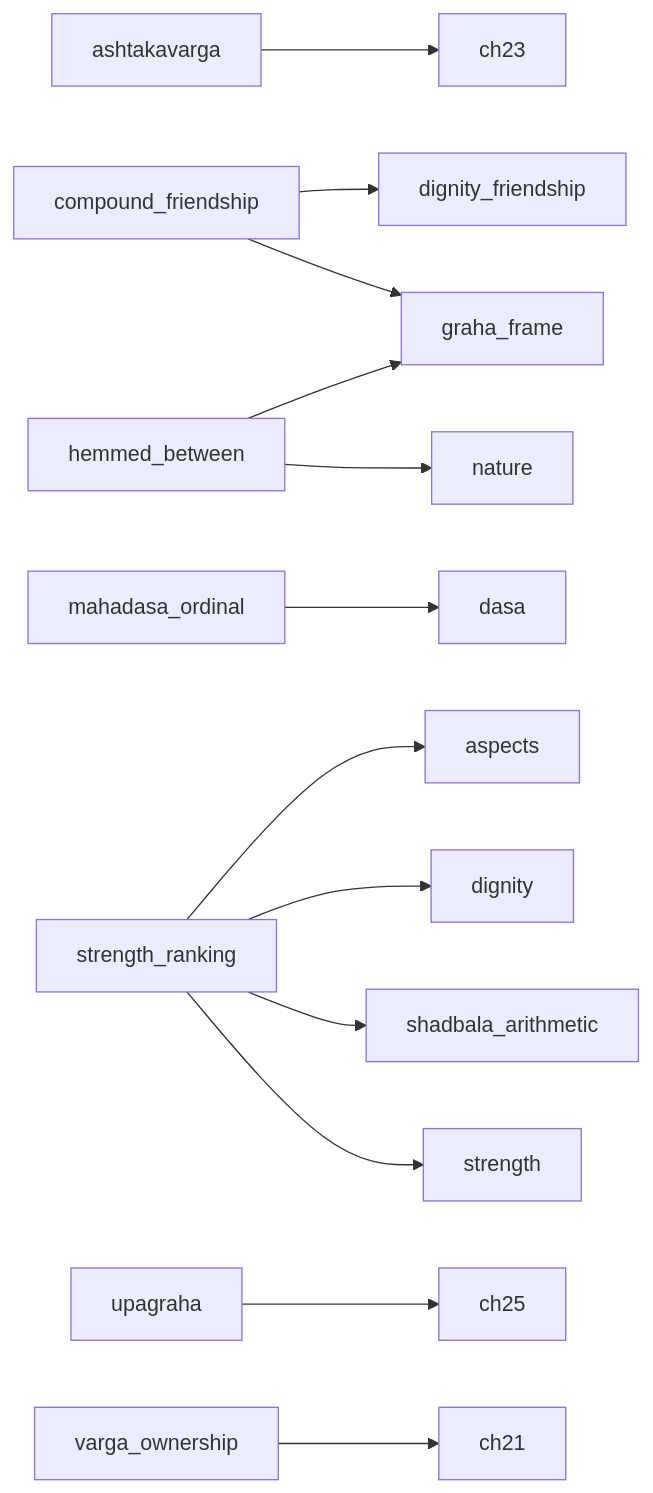
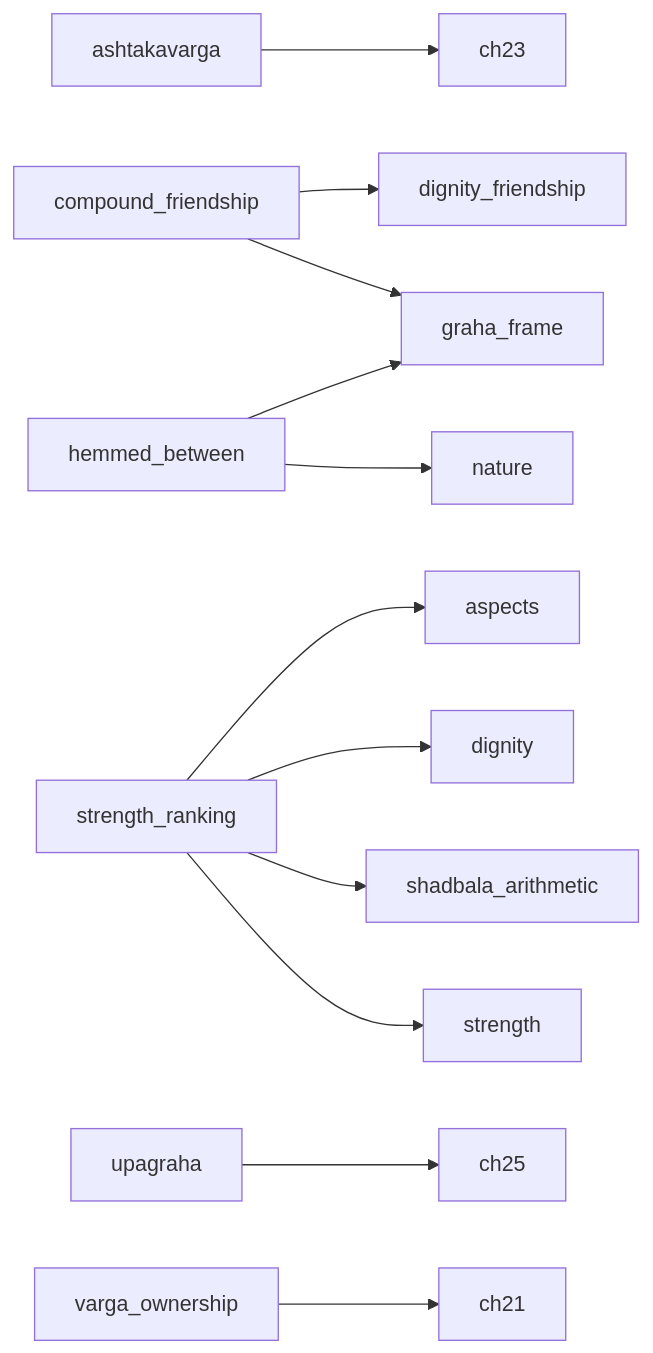
The diagram in Reports/PHASE3_PLAN.md (tarunrameshphotography/Vedic-AI), drawn with Mermaid before and after one commit. The commit also changed other lines of this file and 9 other files, not shown here.

````diff
--- a/Reports/PHASE3_PLAN.md
+++ b/Reports/PHASE3_PLAN.md
@@ -52,15 +52,14 @@
 ```mermaid
 graph LR
   ashtakavarga --> ch23
   compound_friendship --> dignity_friendship
   compound_friendship --> graha_frame
   hemmed_between --> graha_frame
   hemmed_between --> nature
-  mahadasa_ordinal --> dasa
   strength_ranking --> aspects
   strength_ranking --> dignity
   strength_ranking --> shadbala_arithmetic
   strength_ranking --> strength
   upagraha --> ch25
   varga_ownership --> ch21
 ```
````
